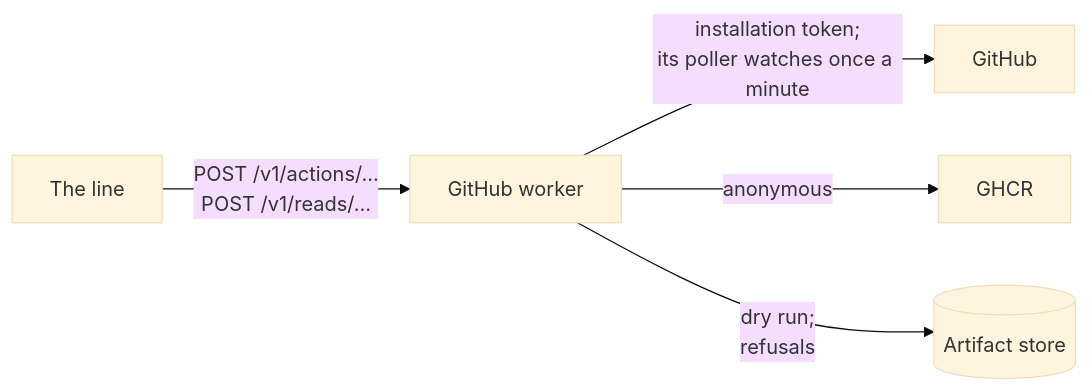
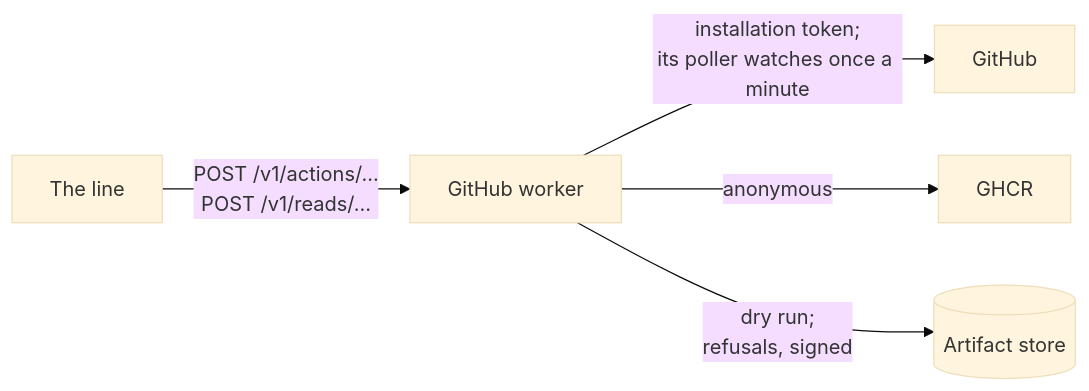
Before and after one commit to mrogan/cv-software-factory: the first of 2 diagrams in docs/COMPONENTS/GITHUB-WORKER.md, drawn with Mermaid (base theme). The commit also changed other lines of this file and 34 other files, not shown here.

````diff
--- a/docs/COMPONENTS/GITHUB-WORKER.md
+++ b/docs/COMPONENTS/GITHUB-WORKER.md
@@ -7,7 +7,7 @@
 ```mermaid
 flowchart LR
   line[The line] -- "POST /v1/actions/…<br>POST /v1/reads/…" --> worker[GitHub worker]
   worker -- "installation token;<br>its poller watches once a minute" --> github[GitHub]
   worker -- anonymous --> ghcr[GHCR]
-  worker -- "dry run;<br>refusals" --> artifacts[(Artifact store)]
+  worker -- "dry run;<br>refusals, signed" --> artifacts[(Artifact store)]
 ```
````
